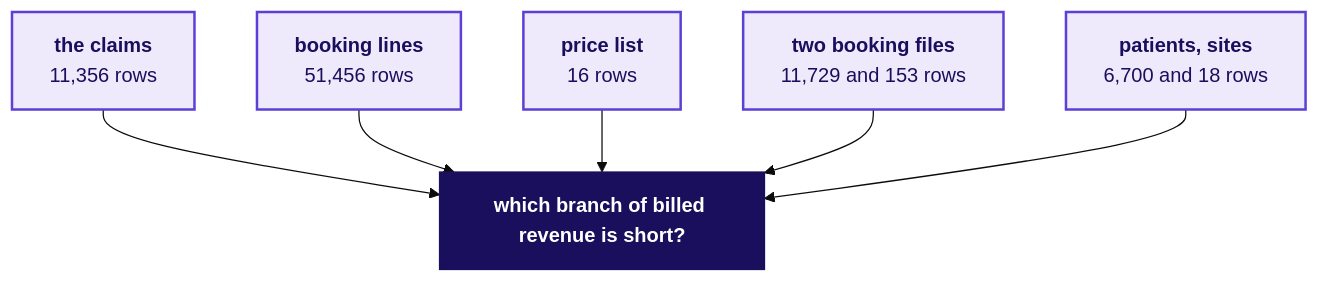
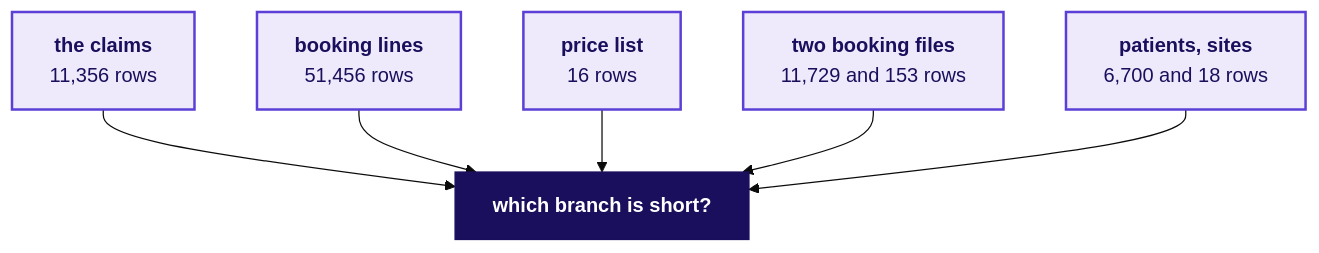
One commit to fde-academy-lab/c2-content-factory changed the eighth of 22 diagrams in content/W03/D1/slides/C2_W03_D01_introduction_STUDENT.md. Above: the diagram before and after it, drawn with Mermaid (base theme). The commit also changed other lines of this file and 15 other files, not shown here.

````diff
--- a/content/W03/D1/slides/C2_W03_D01_introduction_STUDENT.md
+++ b/content/W03/D1/slides/C2_W03_D01_introduction_STUDENT.md
@@ -465,12 +499,12 @@
 ```mermaid
 flowchart TB
-    C["<b>the claims</b><br/>11,356 rows"] --> Q["<b>which branch of billed revenue is short?</b>"]
+    C["<b>the claims</b><br/>11,356 rows"] --> Q["<b>which branch is short?</b>"]
     T["<b>booking lines</b><br/>51,456 rows"] --> Q
     P["<b>price list</b><br/>16 rows"] --> Q
     B["<b>two booking files</b><br/>11,729 and 153 rows"] --> Q
     S["<b>patients, sites</b><br/>6,700 and 18 rows"] --> Q
     classDef known fill:#EEEAFB,stroke:#5B3FD6,color:#1A0F5C,stroke-width:2px
     classDef dark fill:#1A0F5C,stroke:#1A0F5C,color:#FFFFFF
     class C,T,P,B,S known
     class Q dark
 ```
````
